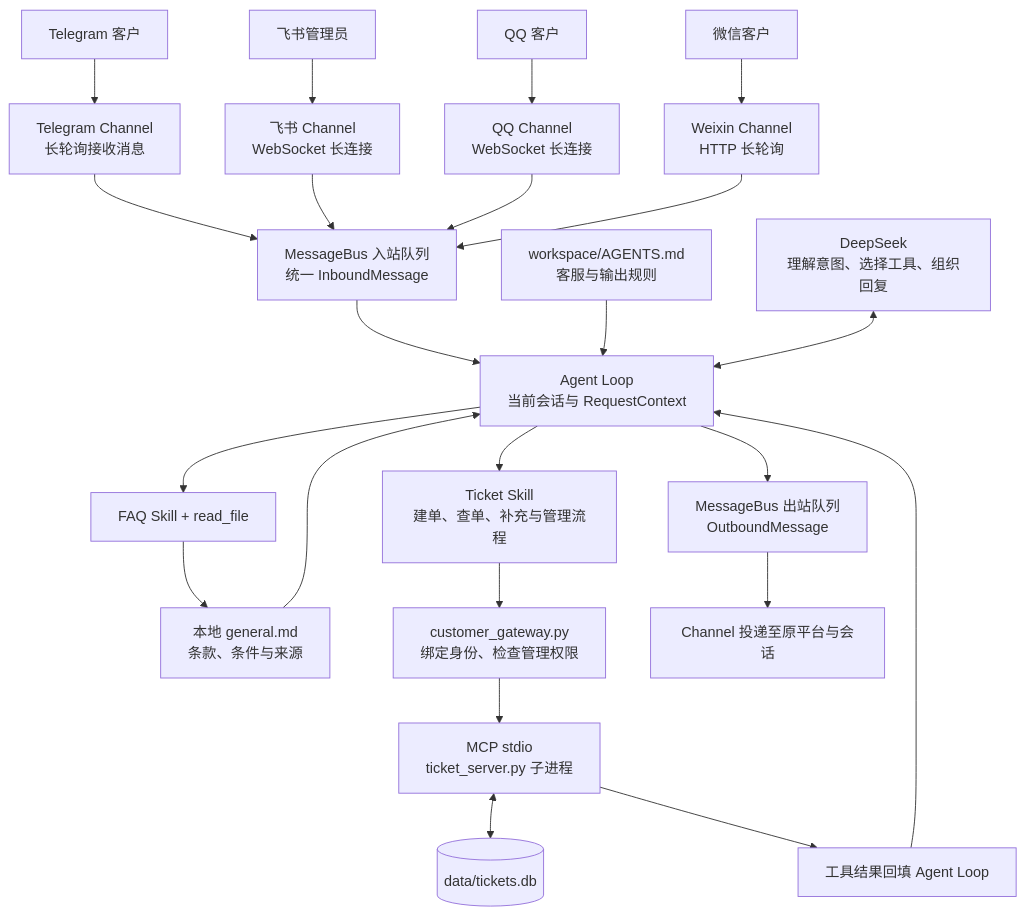
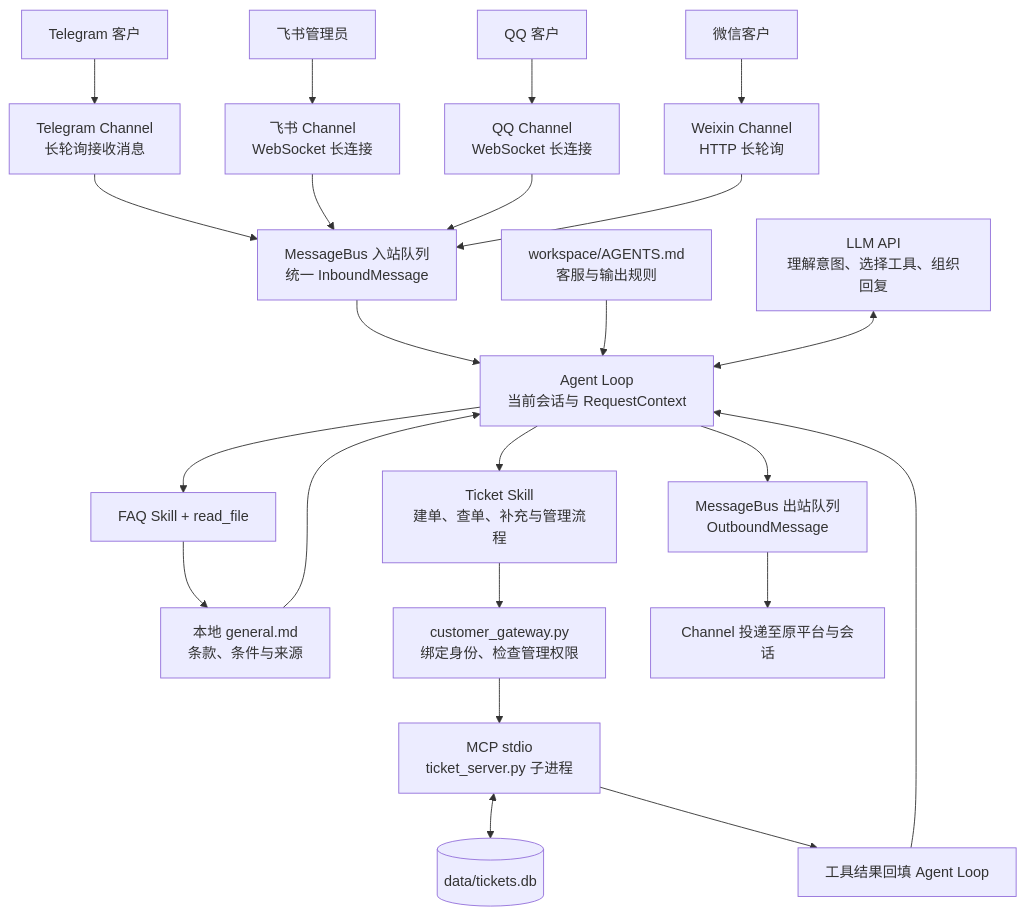
One commit to tommie-04/EchoBridge changed the first of 2 diagrams in README.md. Above: the diagram before and after it, drawn with Mermaid. The commit also changed other lines of this file, not shown here.

Commit message:
docs(README.md): make architecture model node provider-independent
Rename the Mermaid model node to LLM API and explain provider, model and credential configuration. Keep DeepSeek as the default deployment example.

````diff
--- a/README.md
+++ b/README.md
@@ -61,25 +63,25 @@
 ```mermaid
 flowchart TD
     TG["Telegram 客户"] --> TC["Telegram Channel<br/>长轮询接收消息"]
     QQ["QQ 客户"] --> QC["QQ Channel<br/>WebSocket 长连接"]
     WX["微信客户"] --> WC["Weixin Channel<br/>HTTP 长轮询"]
     FS["飞书管理员"] --> FC["飞书 Channel<br/>WebSocket 长连接"]
     TC --> IN["MessageBus 入站队列<br/>统一 InboundMessage"]
     FC --> IN
     QC --> IN
     WC --> IN
     IN --> LOOP["Agent Loop<br/>当前会话与 RequestContext"]
     RULES["workspace/AGENTS.md<br/>客服与输出规则"] --> LOOP
-    MODEL["DeepSeek<br/>理解意图、选择工具、组织回复"] <--> LOOP
+    MODEL["LLM API<br/>理解意图、选择工具、组织回复"] <--> LOOP
     LOOP --> FAQ["FAQ Skill + read_file"]
     FAQ --> KB["本地 general.md<br/>条款、条件与来源"]
     KB --> LOOP
     LOOP --> TICKET["Ticket Skill<br/>建单、查单、补充与管理流程"]
     TICKET --> BIND["customer_gateway.py<br/>绑定身份、检查管理权限"]
     BIND --> MCP["MCP stdio<br/>ticket_server.py 子进程"]
     MCP <--> DB[("data/tickets.db")]
     MCP --> RESULT["工具结果回填 Agent Loop"]
     RESULT --> LOOP
     LOOP --> OUT["MessageBus 出站队列<br/>OutboundMessage"]
     OUT --> SEND["Channel 投递至原平台与会话"]
 ```
````
